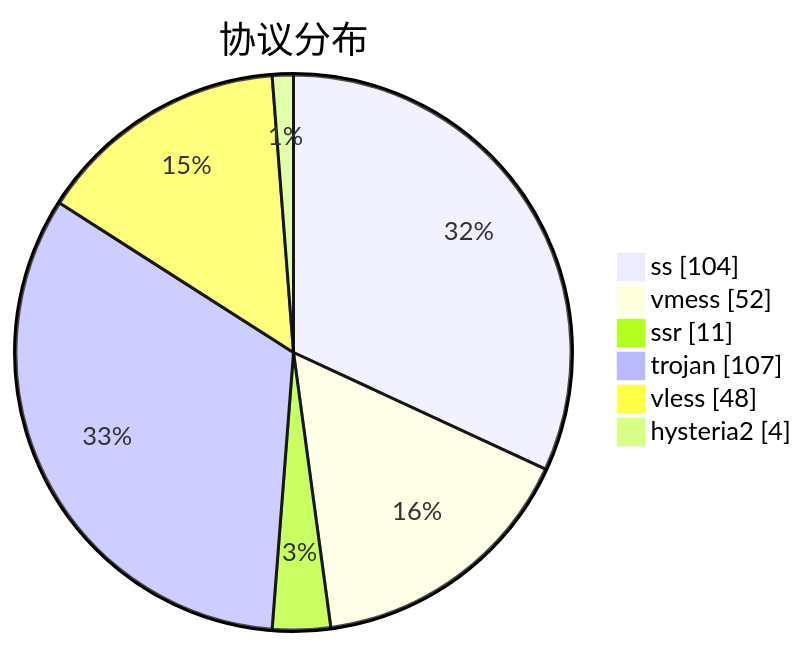
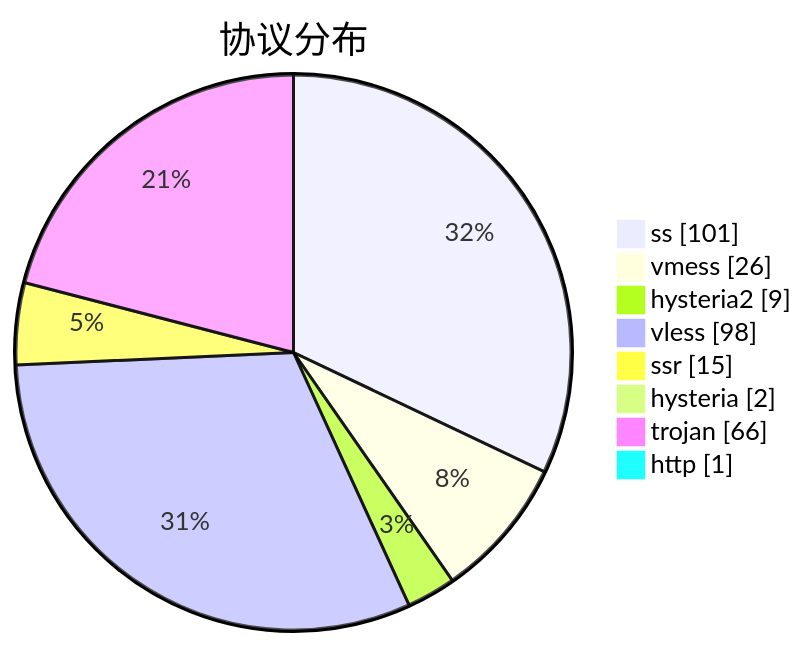
Before and after one commit to sinspired/airport: the third of 3 diagrams in subs/statistics/tested_within.md, drawn with Mermaid. The commit also changed other lines of this file and 2 other files, not shown here.

````diff
--- a/subs/statistics/tested_within.md
+++ b/subs/statistics/tested_within.md
@@ -64,10 +55,12 @@
 ```mermaid
 pie showData
 title 协议分布
-"ss" : 104
-"vmess" : 52
-"ssr" : 11
-"trojan" : 107
-"vless" : 48
-"hysteria2" : 4
+"ss" : 101
+"vmess" : 26
+"hysteria2" : 9
+"vless" : 98
+"ssr" : 15
+"hysteria" : 2
+"trojan" : 66
+"http" : 1
 ```
````
